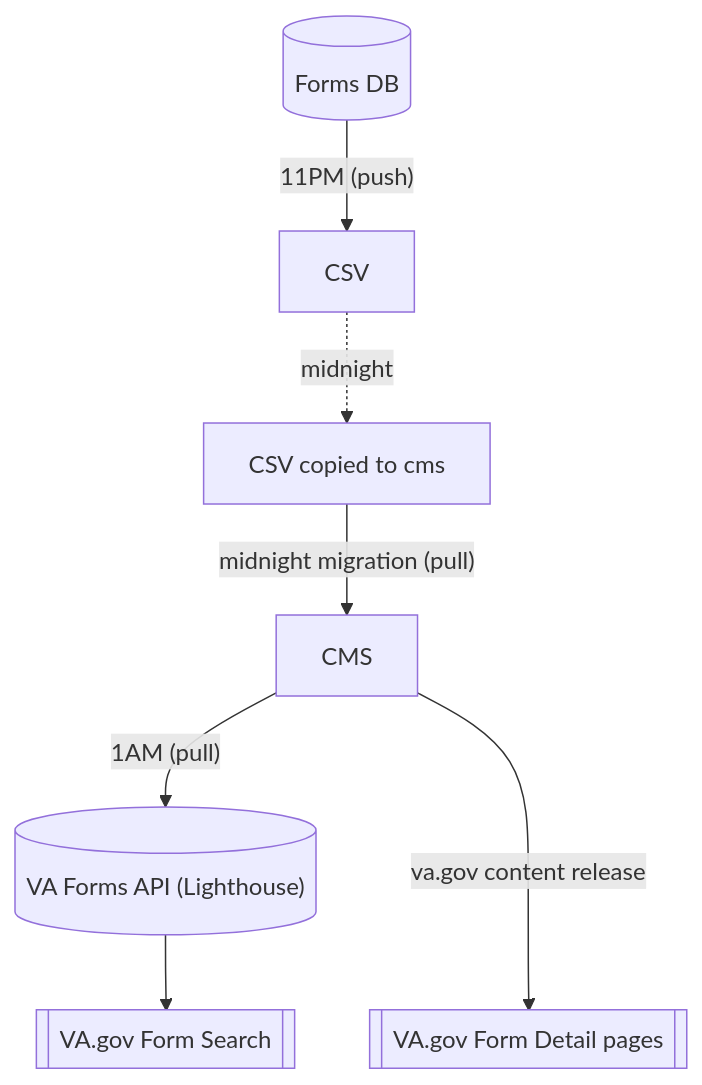
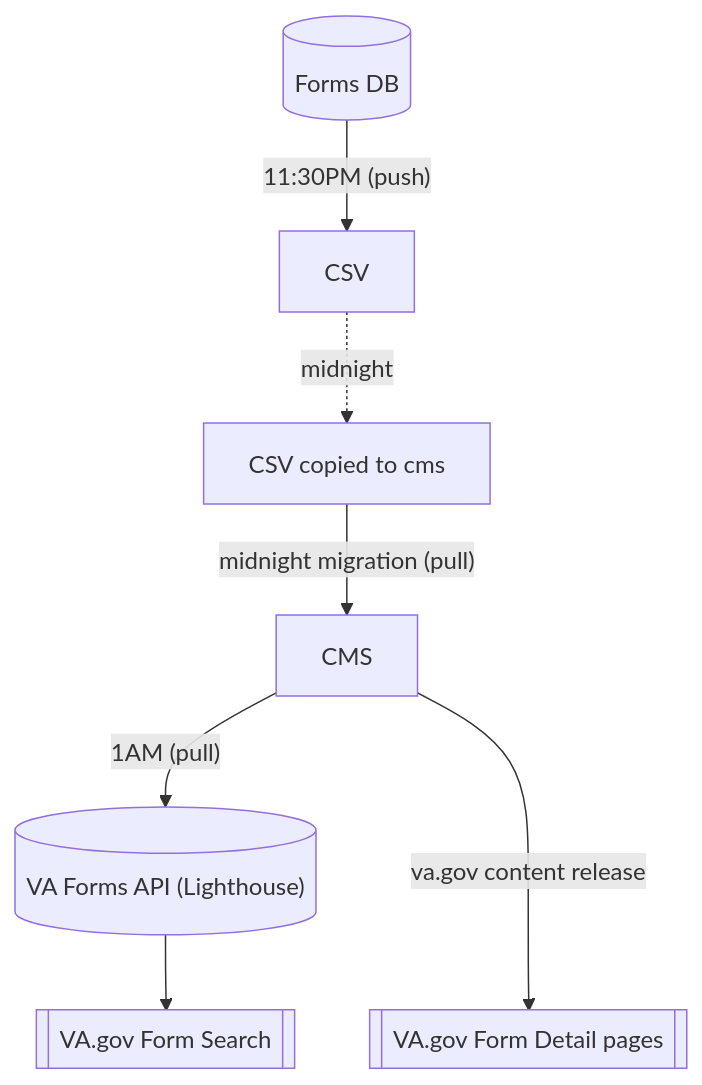
One commit to department-of-veterans-affairs/va.gov-cms changed the diagram in READMES/migrations-forms.md. Above: the diagram before and after it, drawn with Mermaid. The commit also changed other lines of this file, not shown here.

Commit message:
[DOCS] Add VA Forms notifications to docs.

````diff
--- a/READMES/migrations-forms.md
+++ b/READMES/migrations-forms.md
@@ -11,9 +11,9 @@
 ```mermaid
   graph TD;
-    fdb[(Forms DB)] -- "11PM (push)" --> csv1[CSV]
+    fdb[(Forms DB)] -- "11:30PM (push)" --> csv1[CSV]
     csv1 -. midnight .-> csv2[CSV copied to cms]
     csv2 -- "midnight migration (pull)" --> cms[CMS]
     cms-- "1AM (pull)" -->formapi[("VA Forms API (Lighthouse)")]
     cms -- va.gov content release --->fe[[VA.gov Form Detail pages]]
     formapi-->formsearch[[VA.gov Form Search]]
 ```
````
